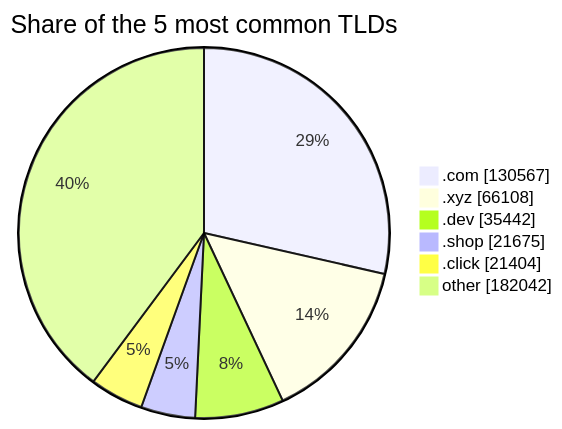
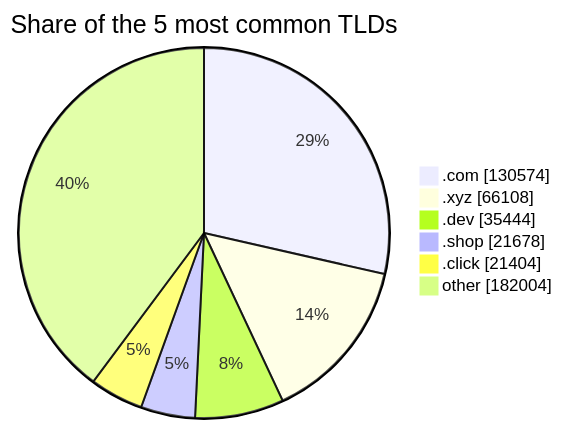
One commit to DNSBunker/CTI changed the third of 3 diagrams in README.md. Above: the diagram before and after it, drawn with Mermaid. The commit also changed other lines of this file and 3 other files, not shown here.

````diff
--- a/README.md
+++ b/README.md
@@ -81,9 +81,9 @@
 ```mermaid
 pie showData title Share of the 5 most common TLDs
-    ".com" : 130567
+    ".com" : 130574
     ".xyz" : 66108
-    ".dev" : 35442
-    ".shop" : 21675
+    ".dev" : 35444
+    ".shop" : 21678
     ".click" : 21404
-    "other" : 182042
+    "other" : 182004
 ```
````
